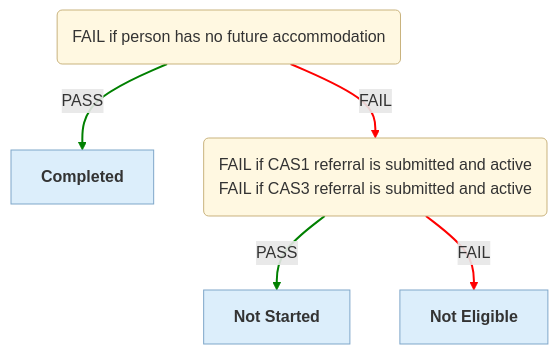
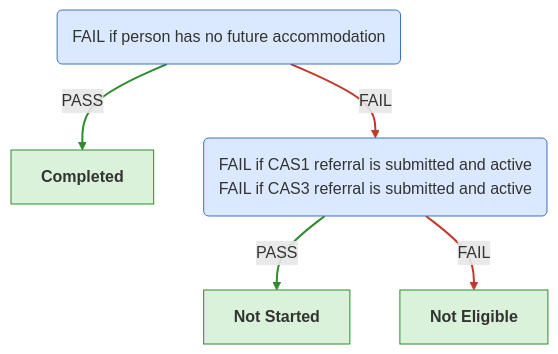
One commit to ministryofjustice/hmpps-single-accommodation-service-api changed the sixth of 6 diagrams in docs/eligibility-rules-graph.md. Above: the diagram before and after it, drawn with Mermaid. The commit also changed other lines of this file and 47 other files, not shown here.

Commit message:
wip-cas1-cards-graph

````diff
--- a/docs/eligibility-rules-graph.md
+++ b/docs/eligibility-rules-graph.md
@@ -538,21 +555,21 @@
 ```mermaid
 %%{init: {"flowchart": {"wrappingWidth": 800}}}%%
 flowchart TD
-  Has_Next_Accommodation("<div style='text-align:left'>FAIL if person has no future accommodation</div>")
+  PASS_if_person_has_a_next_accommodation("<div style='text-align:left'>FAIL if person has no future accommodation</div>")
   PA_COMPLETED["<b>Completed</b>"]
-  No_Active_CAS1_Or_CAS3_Referrals("<div style='text-align:left'>FAIL if CAS1 referral is submitted and active
+  PASS_if_person_does_not_have_an_active_CAS1_or_CAS3_referral("<div style='text-align:left'>FAIL if CAS1 referral is submitted and active
 FAIL if CAS3 referral is submitted and active</div>")
   PA_NOT_STARTED["<b>Not Started</b>"]
   PA_NOT_ELIGIBLE["<b>Not Eligible</b>"]
-  Has_Next_Accommodation -->|PASS| PA_COMPLETED
-  No_Active_CAS1_Or_CAS3_Referrals -->|PASS| PA_NOT_STARTED
-  No_Active_CAS1_Or_CAS3_Referrals -->|FAIL| PA_NOT_ELIGIBLE
-  Has_Next_Accommodation -->|FAIL| No_Active_CAS1_Or_CAS3_Referrals
-  linkStyle 0,1 stroke:green,stroke-width:2px
-  linkStyle 2,3 stroke:red,stroke-width:2px
-  classDef ruleSetNode fill:#FFF8E1,stroke:#C9B37E,color:#333
-  classDef outcomeNode fill:#DCEEFB,stroke:#7FA7C9,color:#333
-  classDef updaterNode fill:#EDE7F6,stroke:#A99BC9,color:#333
-  class Has_Next_Accommodation,No_Active_CAS1_Or_CAS3_Referrals ruleSetNode
+  PASS_if_person_has_a_next_accommodation -->|PASS| PA_COMPLETED
+  PASS_if_person_does_not_have_an_active_CAS1_or_CAS3_referral -->|PASS| PA_NOT_STARTED
+  PASS_if_person_does_not_have_an_active_CAS1_or_CAS3_referral -->|FAIL| PA_NOT_ELIGIBLE
+  PASS_if_person_has_a_next_accommodation -->|FAIL| PASS_if_person_does_not_have_an_active_CAS1_or_CAS3_referral
+  linkStyle 0,1 stroke:#2e8b2e,stroke-width:2px
+  linkStyle 2,3 stroke:#c0392b,stroke-width:2px
+  classDef ruleSetNode fill:#dbe9ff,stroke:#3b73c4,color:#333
+  classDef outcomeNode fill:#d9f2d9,stroke:#2e8b2e,color:#333
+  classDef updaterNode fill:#fff2cc,stroke:#c99a00,color:#333
+  class PASS_if_person_has_a_next_accommodation,PASS_if_person_does_not_have_an_active_CAS1_or_CAS3_referral ruleSetNode
   class PA_COMPLETED,PA_NOT_STARTED,PA_NOT_ELIGIBLE outcomeNode
 ```
````
